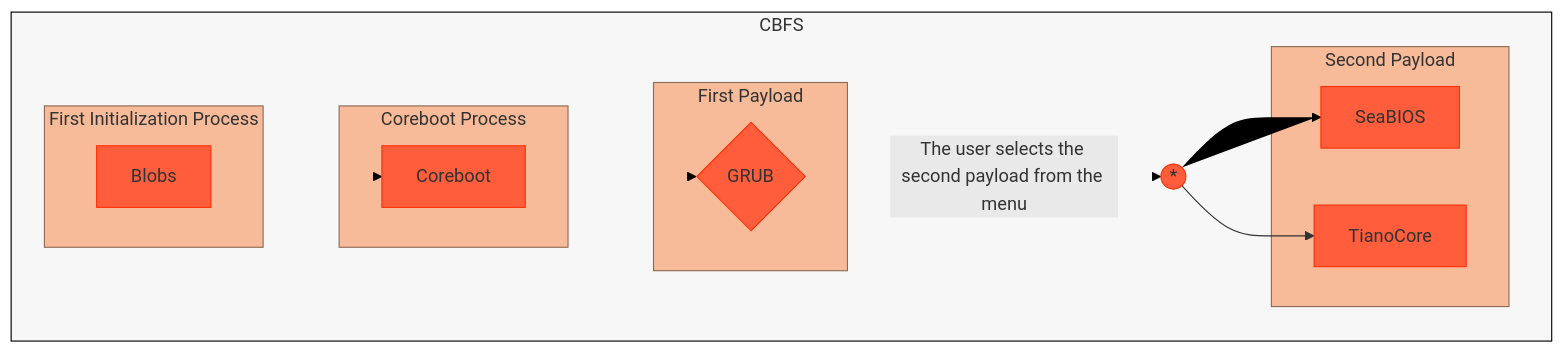
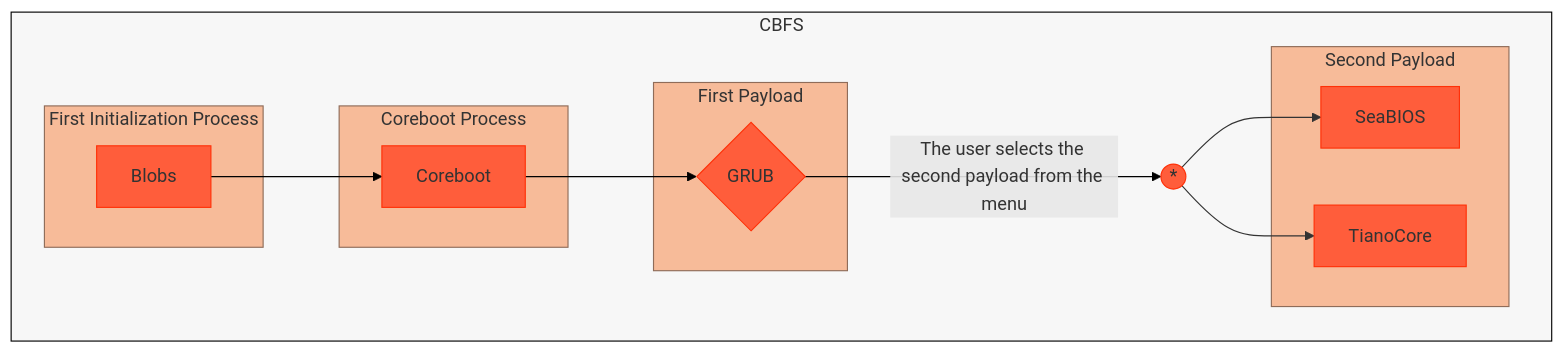
Before and after one commit to Ch3ckm4t3C1ph3r/Lenovo-Ideapad-320-14ISK-_Coreboot-Adaptation_: the diagram in README.md, drawn with Mermaid.

Commit message:
Fix edgeStyle stroke-width and class assignments
Updated edgeStyle stroke-width in README.md and modified class assignments for edges.

````diff
--- a/README.md
+++ b/README.md
@@ -104,40 +104,40 @@
 ```mermaid
 flowchart LR;
     %% Definition of style (and class of style) of each element by id (or by class name)
     style cbfs fill:#f7f7f7,stroke:#000000,stroke-width:1px;
     classDef sbgStyle fill:#F7BB99,stroke:#8F6C59,stroke-width:1px
     classDef nodeStyle fill:#FF5D3B,stroke:#FF3008,stroke-width:1px
-    classDef edgeStyle fill:#000000,stroke:#000000,stroke-width:0px
+    classDef edgeStyle fill:#000000,stroke:#000000,stroke-width:1px
     
     subgraph cbfs[CBFS]
         direction LR
 
         %% Not publicly documented boot process
         subgraph sbg1[First Initialization Process]
         n1[Blobs]
         end
 
         n1[Blobs] e1@--> n2[Coreboot]
 
         subgraph sbg2[Coreboot Process]
         n2[Coreboot]
         end
     
         n2[Coreboot] e2@--> p1{GRUB}
     
         subgraph sbg3[First Payload]
         p1{GRUB}
         end
         
         p1{GRUB} e3@--The user selects the second payload from the menu--> UNION((*)) e4@--> p2_1[SeaBIOS] & p2_2[TianoCore]
     
         subgraph sbg4[Second Payload]
         p2_1[SeaBIOS] & p2_2[TianoCore]
         end
     end
 
     %% Defining the members of each class
     class sbg1,sbg2,sbg3,sbg4 sbgStyle
     class n1,n2,p1,p2_1,p2_2,UNION nodeStyle
-    class e1,e2,e3,e4 edgeStyle
+    class e1,e2,e3 edgeStyle
 ```
````
